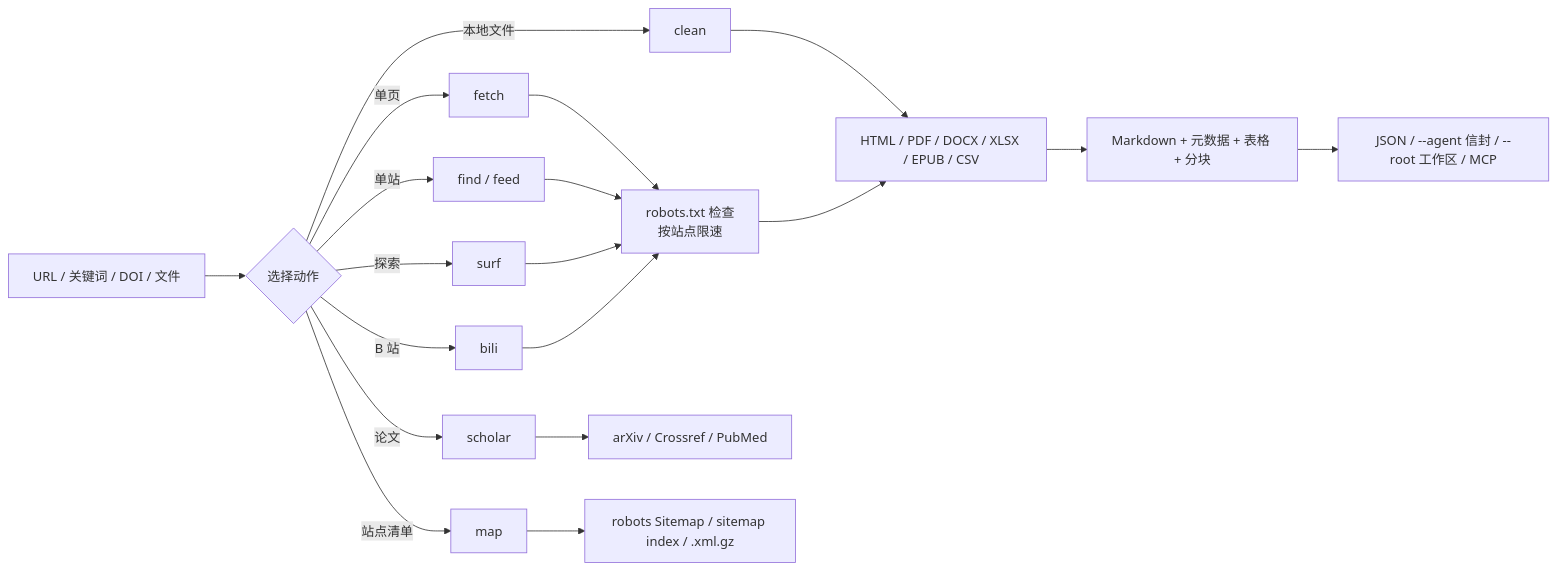
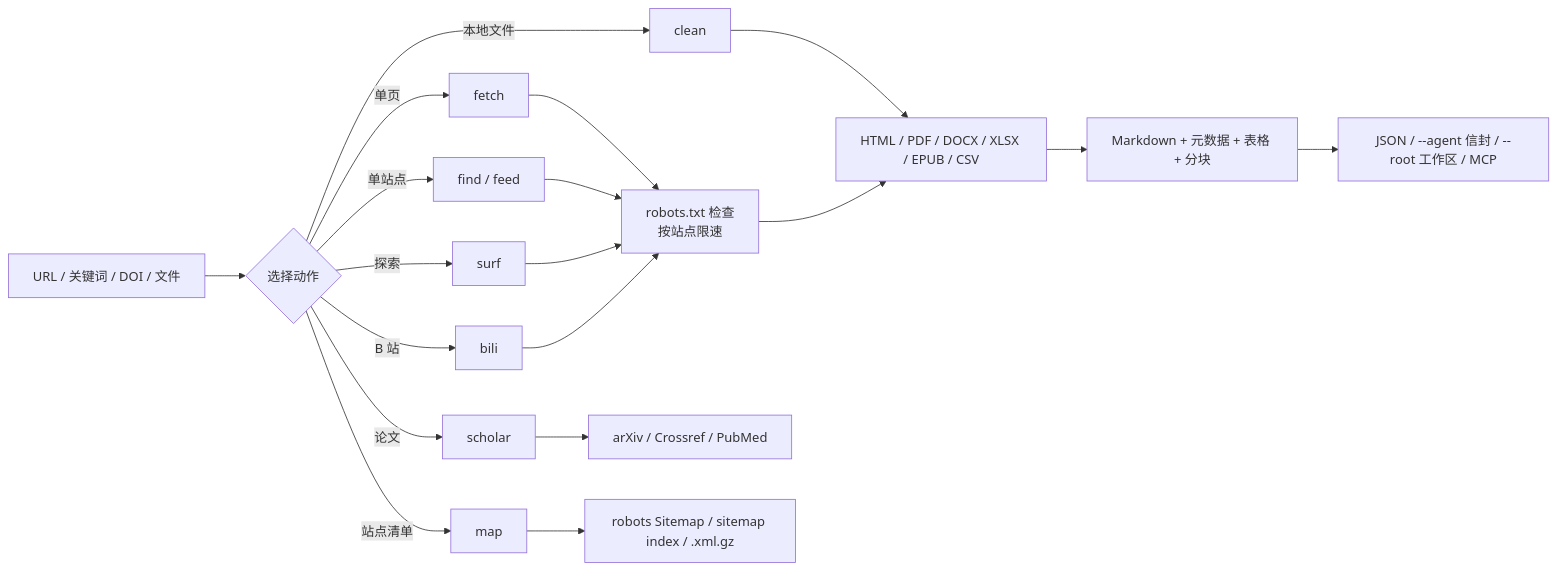
One commit to JiamingShi-JsPhys/web-forager changed the diagram in README_zh.md. Above: the diagram before and after it, drawn with Mermaid. The commit also changed other lines of this file and 50 other files, not shown here.

````diff
--- a/README_zh.md
+++ b/README_zh.md
@@ -40,22 +202,22 @@
 ```mermaid
 flowchart LR
     IN["URL / 关键词 / DOI / 文件"] --> SEL{"选择动作"}
     SEL -->|单页| F["fetch"]
-    SEL -->|单站| FD["find / feed"]
+    SEL -->|单站点| FD["find / feed"]
     SEL -->|本地文件| C["clean"]
     SEL -->|论文| S["scholar"]
     SEL -->|站点清单| M["map"]
     SEL -->|探索| W["surf"]
     SEL -->|B 站| B["bili"]
 
     F --> HTTP["robots.txt 检查<br/>按站点限速"]
     FD --> HTTP
     C --> EXT["HTML / PDF / DOCX / XLSX / EPUB / CSV"]
     S --> API["arXiv / Crossref / PubMed"]
     M --> SM["robots Sitemap / sitemap index / .xml.gz"]
     W --> HTTP
     B --> HTTP
     HTTP --> EXT
     EXT --> MD["Markdown + 元数据 + 表格 + 分块"]
     MD --> OUT["JSON / --agent 信封 / --root 工作区 / MCP"]
 ```
````
